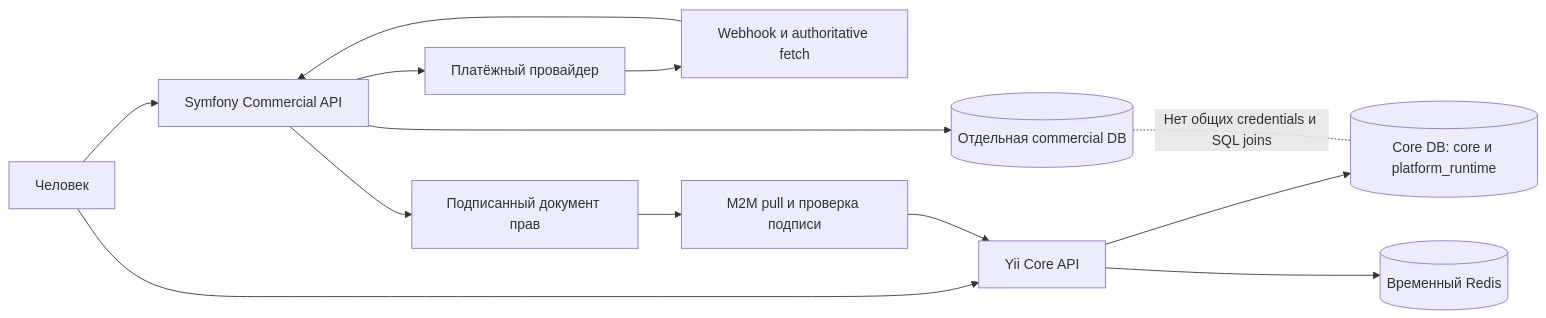
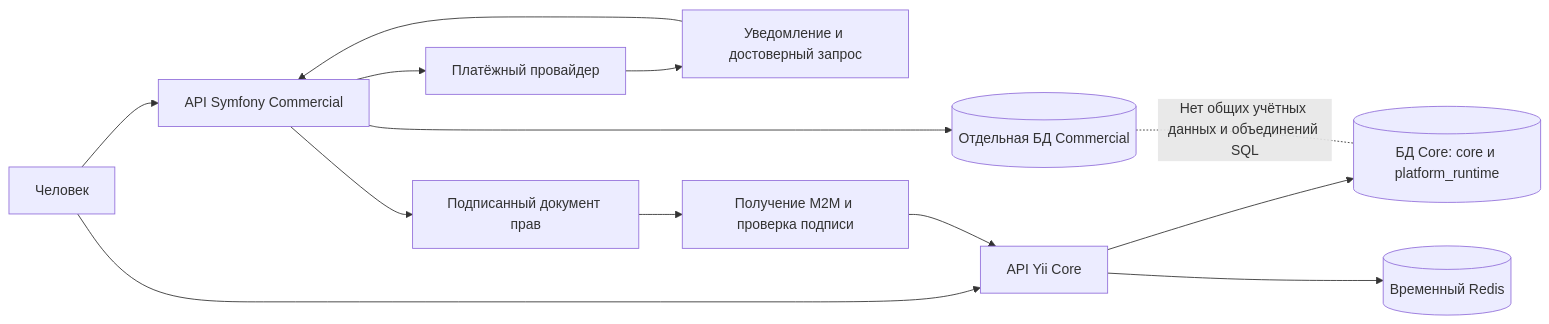
One commit to YCleffo/Platform changed the diagram in docs/processes/01-boundaries.mmd. Above: the diagram before and after it, drawn with Mermaid. The commit also changed 188 other files, not shown here.

```diff
--- a/docs/processes/01-boundaries.mmd
+++ b/docs/processes/01-boundaries.mmd
@@ -1,13 +1,13 @@
 flowchart LR
-  Human[Человек] --> Control[Symfony Commercial API]
-  Human --> Core[Yii Core API]
-  Control --> CDB[(Отдельная commercial DB)]
-  Core --> KDB[(Core DB: core и platform_runtime)]
+  Человек[Человек] --> Control[API Symfony Commercial]
+  Человек --> Core[API Yii Core]
+  Control --> CDB[(Отдельная БД Commercial)]
+  Core --> KDB[(БД Core: core и platform_runtime)]
   Core --> Redis[(Временный Redis)]
   Control --> Provider[Платёжный провайдер]
-  Provider --> Verify[Webhook и authoritative fetch]
+  Provider --> Verify[Уведомление и достоверный запрос]
   Verify --> Control
   Control --> Signed[Подписанный документ прав]
-  Signed --> Pull[M2M pull и проверка подписи]
+  Signed --> Pull[Получение M2M и проверка подписи]
   Pull --> Core
-  CDB -. Нет общих credentials и SQL joins .- KDB
+  CDB -. Нет общих учётных данных и объединений SQL .- KDB
```
